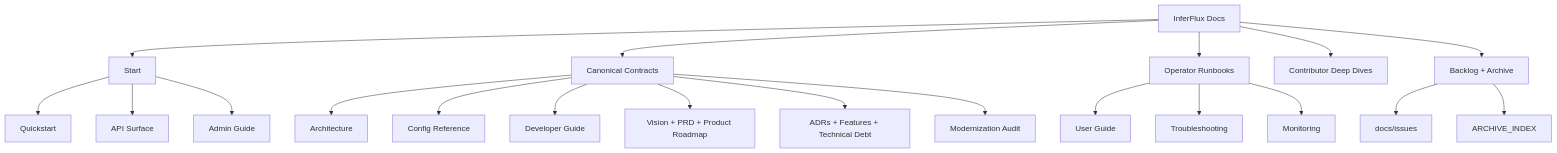
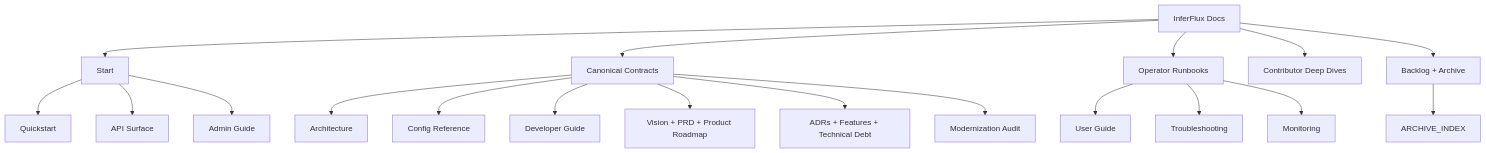
The diagram in docs/INDEX.md (anvai-labs/inferflux), drawn with Mermaid before and after one commit. The commit also changed other lines of this file and 29 other files, not shown here.

````diff
--- a/docs/INDEX.md
+++ b/docs/INDEX.md
@@ -5,26 +5,25 @@
 ```mermaid
 graph TD
     A[InferFlux Docs] --> B[Start]
     A --> C[Canonical Contracts]
     A --> D[Operator Runbooks]
     A --> E[Contributor Deep Dives]
     A --> F[Backlog + Archive]
 
     B --> B1[Quickstart]
     B --> B2[API Surface]
     B --> B3[Admin Guide]
 
     C --> C1[Architecture]
     C --> C2[Config Reference]
     C --> C3[Developer Guide]
     C --> C4[Vision + PRD + Product Roadmap]
     C --> C6[ADRs + Features + Technical Debt]
     C --> C5[Modernization Audit]
 
     D --> D1[User Guide]
     D --> D2[Troubleshooting]
     D --> D3[Monitoring]
 
-    F --> F1[docs/issues]
     F --> F2[ARCHIVE_INDEX]
 ```
````
